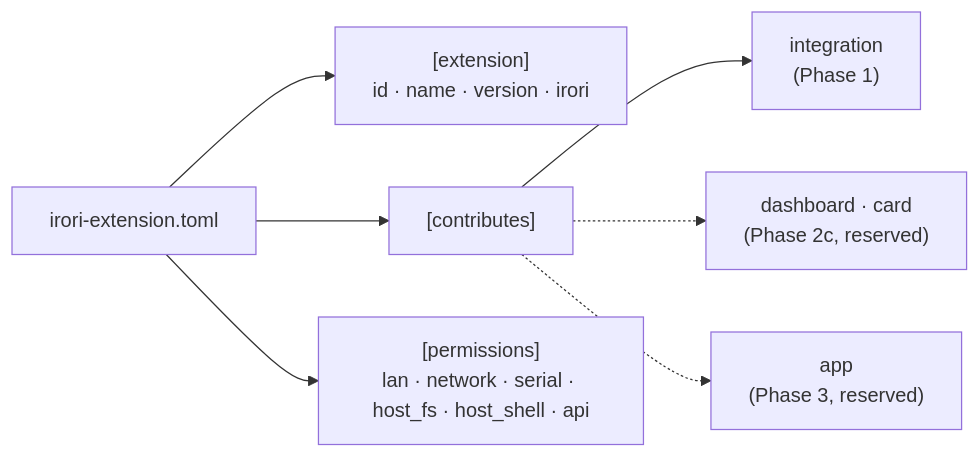
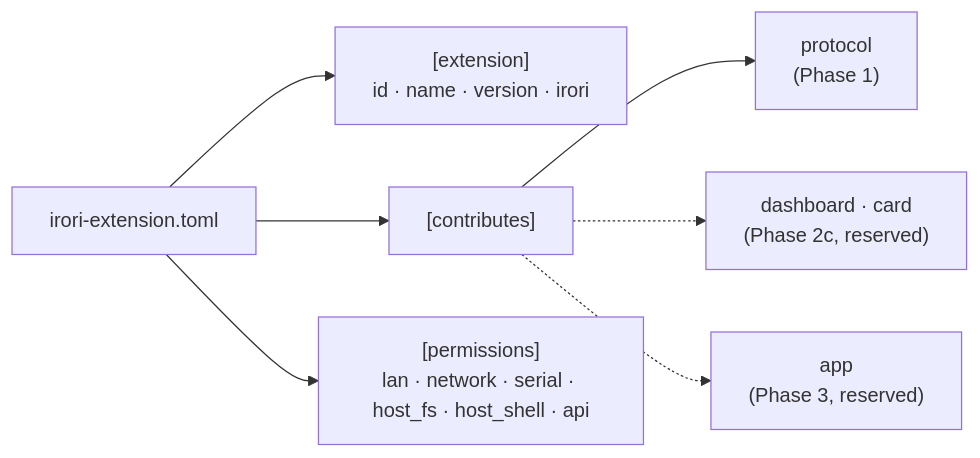
Before and after one commit to nicosandller/irori_os: the first of 2 diagrams in docs/specs/extensions.md, drawn with Mermaid. The commit also changed other lines of this file and 30 other files, not shown here.

First line of the commit message:
Finish the integration->extension/protocol rename, fix CI, address review

````diff
--- a/docs/specs/extensions.md
+++ b/docs/specs/extensions.md
@@ -27,9 +27,9 @@
 ```mermaid
 flowchart LR
     manifest["irori-extension.toml"] --> info["[extension]<br/>id · name · version · irori"]
     manifest --> contributes["[contributes]"]
     manifest --> permissions["[permissions]<br/>lan · network · serial · host_fs · host_shell · api"]
-    contributes --> integration["integration<br/>(Phase 1)"]
+    contributes --> protocol["protocol<br/>(Phase 1)"]
     contributes -.-> dashboard["dashboard · card<br/>(Phase 2c, reserved)"]
     contributes -.-> app["app<br/>(Phase 3, reserved)"]
 ```
````
